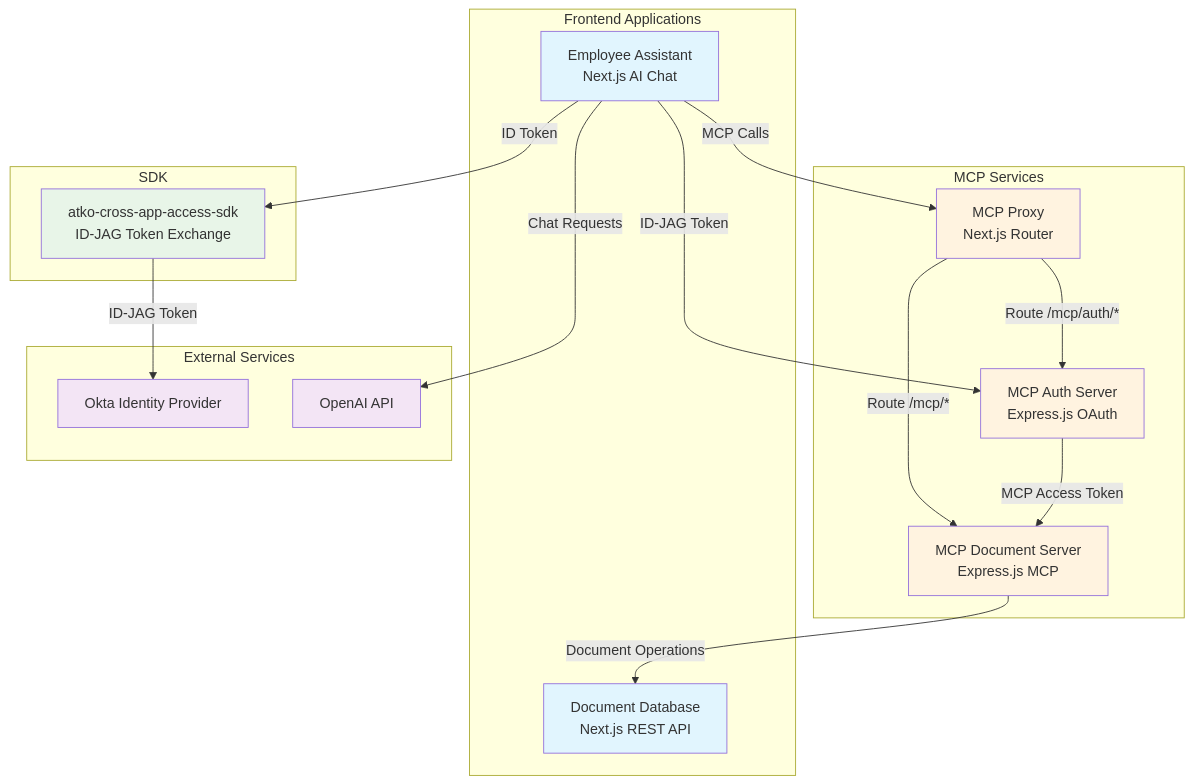
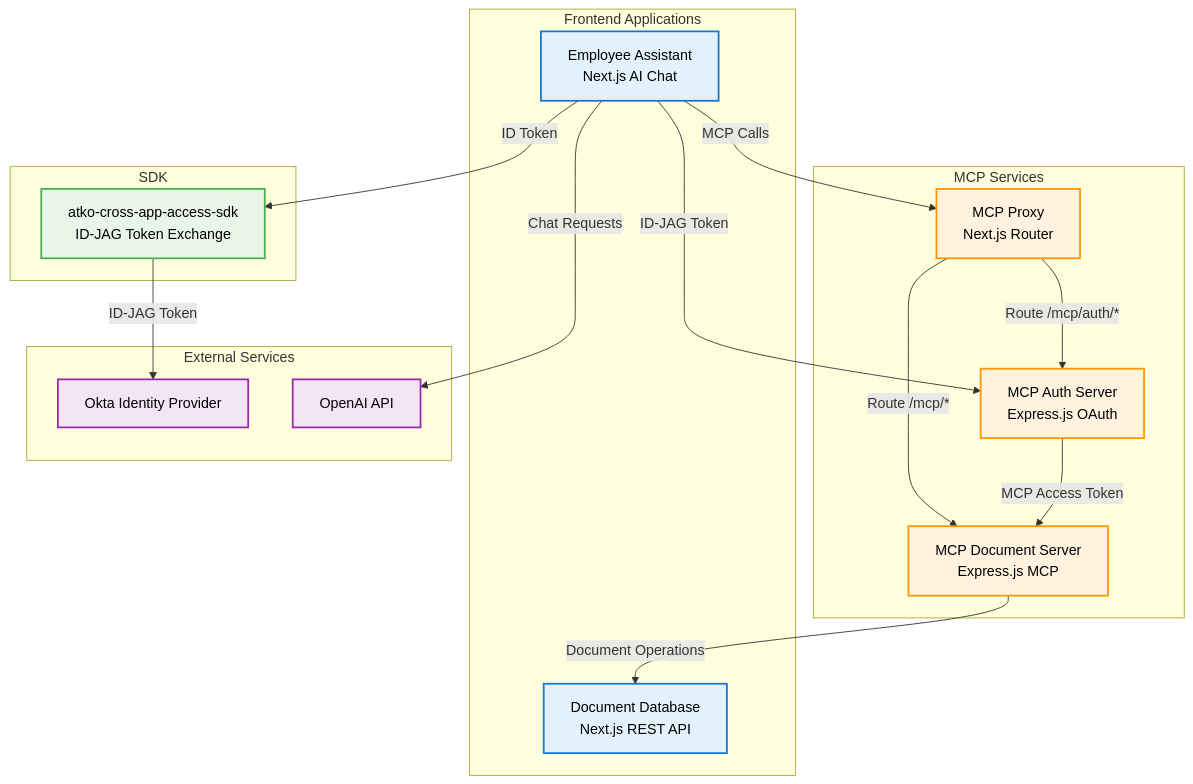
Before and after one commit to indranilokg/okta-cross-app-access-demo: the first of 3 diagrams in README.md, drawn with Mermaid. The commit also changed other lines of this file and 2 other files, not shown here.

Commit message:
revision

````diff
--- a/README.md
+++ b/README.md
@@ -7,41 +7,41 @@
 ```mermaid
 graph TB
     subgraph "Frontend Applications"
         EA[Employee Assistant<br/>Next.js AI Chat]
         DD[Document Database<br/>Next.js REST API]
     end
 
     subgraph "MCP Services"
         MCP_PROXY[MCP Proxy<br/>Next.js Router]
         MCP_AUTH[MCP Auth Server<br/>Express.js OAuth]
         MCP_RESOURCE[MCP Document Server<br/>Express.js MCP]
     end
 
     subgraph "External Services"
         OKTA[Okta Identity Provider]
         OPENAI[OpenAI API]
     end
 
     subgraph "SDK"
         CAA_SDK[atko-cross-app-access-sdk<br/>ID-JAG Token Exchange]
     end
 
     EA -->|ID Token| CAA_SDK
     CAA_SDK -->|ID-JAG Token| OKTA
     EA -->|ID-JAG Token| MCP_AUTH
     MCP_AUTH -->|MCP Access Token| MCP_RESOURCE
     MCP_RESOURCE -->|Document Operations| DD
     EA -->|Chat Requests| OPENAI
     EA -->|MCP Calls| MCP_PROXY
     MCP_PROXY -->|Route /mcp/*| MCP_RESOURCE
     MCP_PROXY -->|Route /mcp/auth/*| MCP_AUTH
 
-    style EA fill:#e1f5fe
-    style DD fill:#e1f5fe
-    style MCP_PROXY fill:#fff3e0
-    style MCP_AUTH fill:#fff3e0
-    style MCP_RESOURCE fill:#fff3e0
-    style OKTA fill:#f3e5f5
-    style OPENAI fill:#f3e5f5
-    style CAA_SDK fill:#e8f5e8
+    style EA fill:#e3f2fd,stroke:#1976d2,stroke-width:2px,color:#000000
+    style DD fill:#e3f2fd,stroke:#1976d2,stroke-width:2px,color:#000000
+    style MCP_PROXY fill:#fff3e0,stroke:#ff9800,stroke-width:2px,color:#000000
+    style MCP_AUTH fill:#fff3e0,stroke:#ff9800,stroke-width:2px,color:#000000
+    style MCP_RESOURCE fill:#fff3e0,stroke:#ff9800,stroke-width:2px,color:#000000
+    style OKTA fill:#f3e5f5,stroke:#9c27b0,stroke-width:2px,color:#000000
+    style OPENAI fill:#f3e5f5,stroke:#9c27b0,stroke-width:2px,color:#000000
+    style CAA_SDK fill:#e8f5e8,stroke:#4caf50,stroke-width:2px,color:#000000
 ```
````
